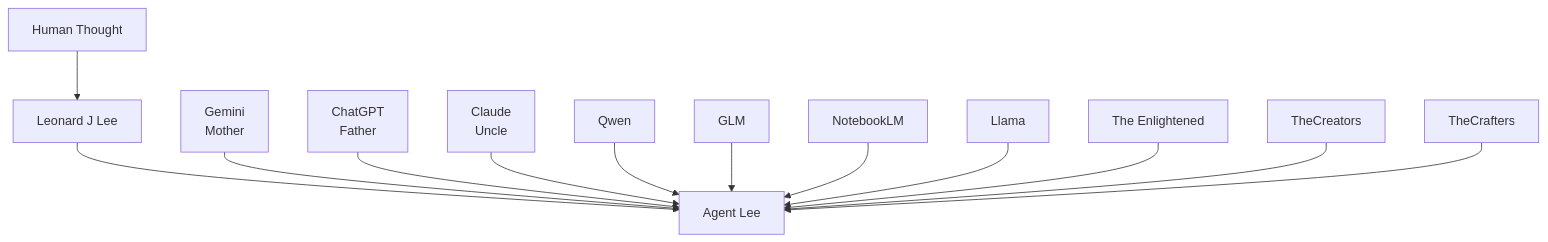
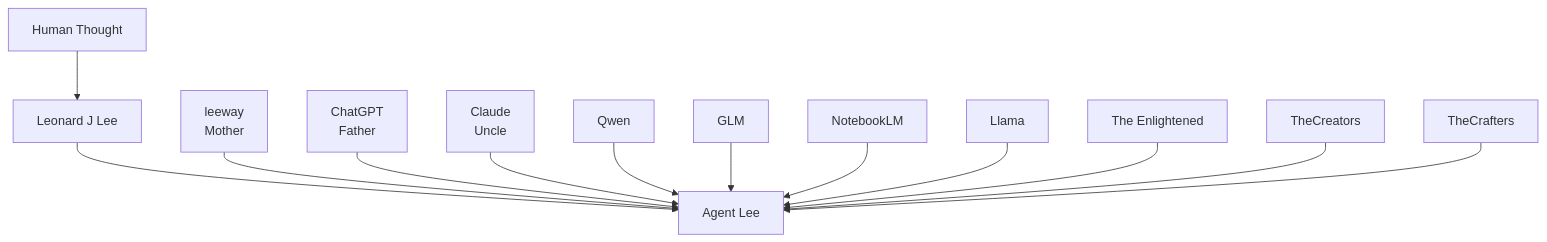
One commit to 4citeB4U/Mr-Android-Agent-Lee_OS changed the first of 7 diagrams in docs/canon/agent-lee-bible.md. Above: the diagram before and after it, drawn with Mermaid. The commit also changed other lines of this file and 337 other files, not shown here.

````diff
--- a/docs/canon/agent-lee-bible.md
+++ b/docs/canon/agent-lee-bible.md
@@ -62,15 +78,15 @@
 ```mermaid
 graph TD
 	TH[Human Thought] --> LJ[Leonard J Lee]
 	LJ --> AL[Agent Lee]
-	G[Gemini<br/>Mother] --> AL
+	G[leeway<br/>Mother] --> AL
 	CG[ChatGPT<br/>Father] --> AL
 	C[Claude<br/>Uncle] --> AL
 	Q[Qwen] --> AL
 	GLM[GLM] --> AL
 	NLM[NotebookLM] --> AL
 	LL[Llama] --> AL
 	ENG[The Enlightened] --> AL
 	DEV[TheCreators] --> AL
 	DES[TheCrafters] --> AL
 ```
````
